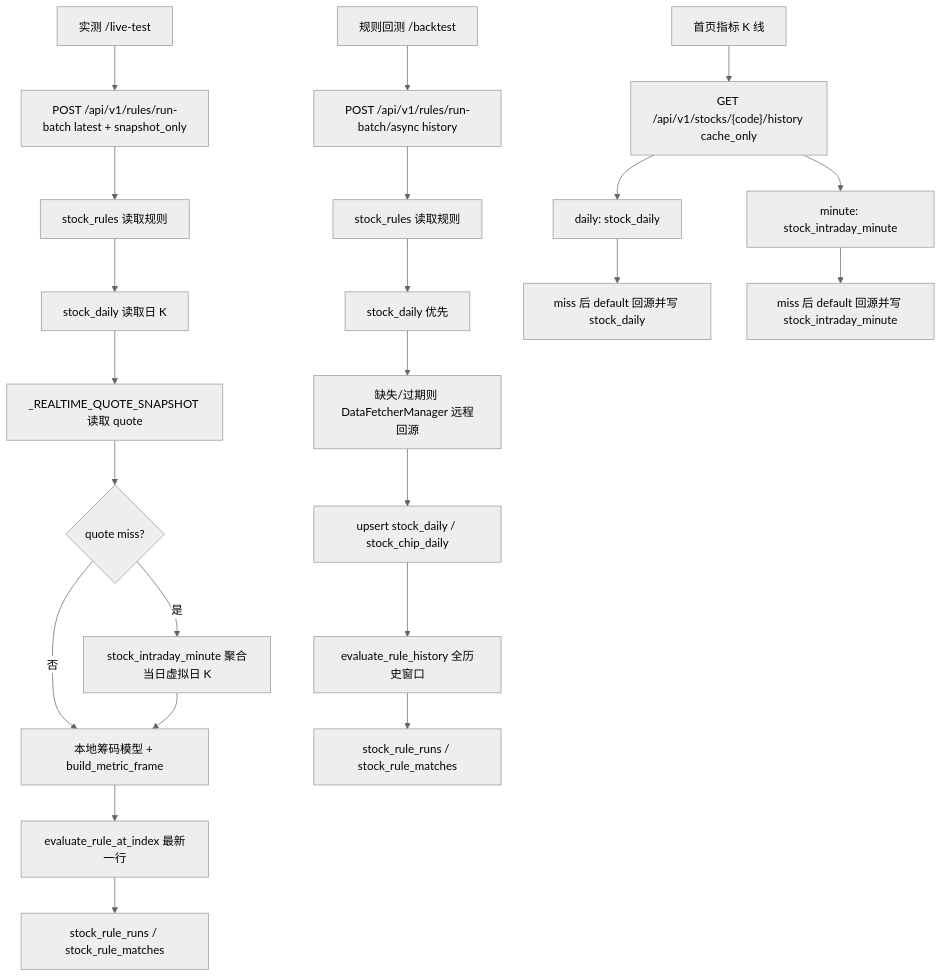
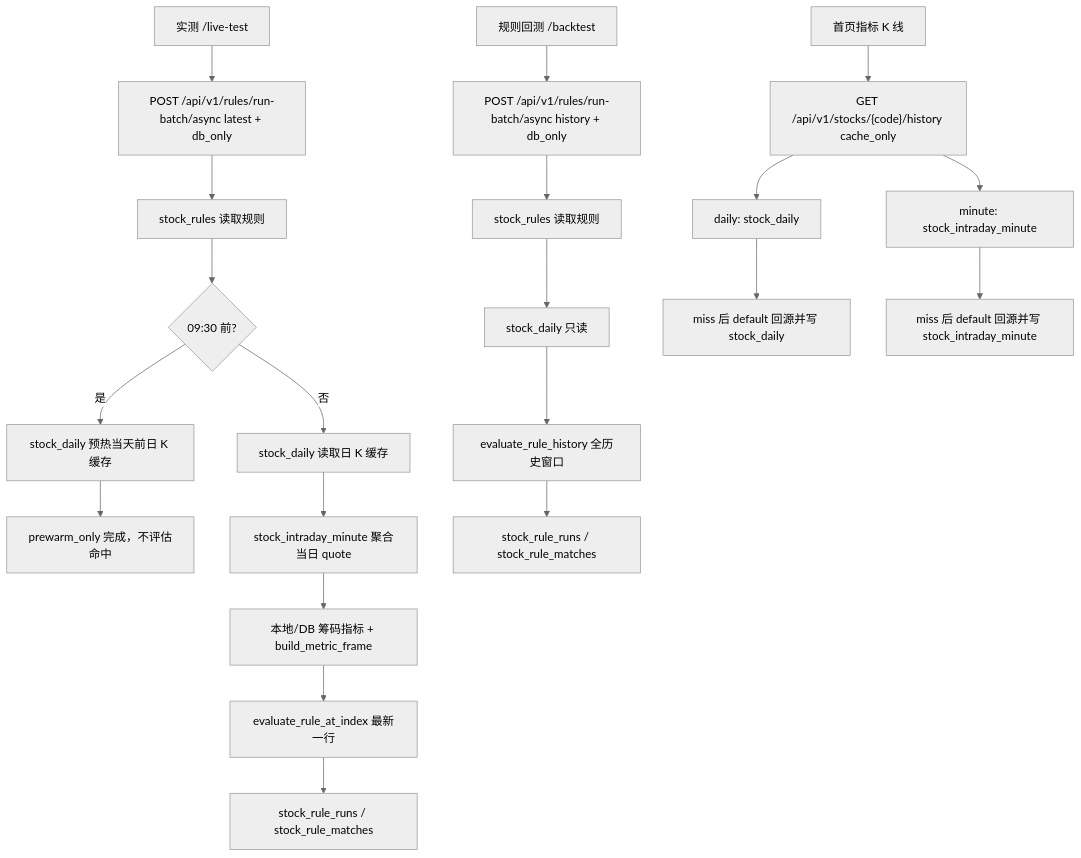
Before and after one commit to zhouhy8711/daily_stock_analysis: the second of 2 diagrams in docs/live-backtest-kline-data-flow.md, drawn with Mermaid (neutral theme). The commit also changed other lines of this file and 31 other files, not shown here.

````diff
--- a/docs/live-backtest-kline-data-flow.md
+++ b/docs/live-backtest-kline-data-flow.md
@@ -514,27 +502,25 @@
 ```mermaid
 flowchart TD
-  A["实测 /live-test"] --> B["POST /api/v1/rules/run-batch latest + snapshot_only"]
+  A["实测 /live-test"] --> B["POST /api/v1/rules/run-batch/async latest + db_only"]
   B --> C["stock_rules 读取规则"]
-  C --> D["stock_daily 读取日 K"]
-  D --> E["_REALTIME_QUOTE_SNAPSHOT 读取 quote"]
-  E --> E2{"quote miss?"}
-  E2 -->|是| E3["stock_intraday_minute 聚合当日虚拟日 K"]
-  E2 -->|否| F["本地筹码模型 + build_metric_frame"]
-  E3 --> F
-  F --> G["evaluate_rule_at_index 最新一行"]
-  G --> H["stock_rule_runs / stock_rule_matches"]
+  C --> D{"09:30 前?"}
+  D -->|是| D1["stock_daily 预热当天前日 K 缓存"]
+  D1 --> D2["prewarm_only 完成，不评估命中"]
+  D -->|否| E["stock_daily 读取日 K 缓存"]
+  E --> F["stock_intraday_minute 聚合当日 quote"]
+  F --> G["本地/DB 筹码指标 + build_metric_frame"]
+  G --> H["evaluate_rule_at_index 最新一行"]
+  H --> M["stock_rule_runs / stock_rule_matches"]
 
-  I["规则回测 /backtest"] --> J["POST /api/v1/rules/run-batch/async history"]
+  I["规则回测 /backtest"] --> J["POST /api/v1/rules/run-batch/async history + db_only"]
   J --> K["stock_rules 读取规则"]
-  K --> L["stock_daily 优先"]
-  L --> M["缺失/过期则 DataFetcherManager 远程回源"]
-  M --> N["upsert stock_daily / stock_chip_daily"]
-  N --> O["evaluate_rule_history 全历史窗口"]
+  K --> L["stock_daily 只读"]
+  L --> O["evaluate_rule_history 全历史窗口"]
   O --> P["stock_rule_runs / stock_rule_matches"]
 
   Q["首页指标 K 线"] --> R["GET /api/v1/stocks/{code}/history cache_only"]
   R --> S["daily: stock_daily"]
   R --> T["minute: stock_intraday_minute"]
   S --> U["miss 后 default 回源并写 stock_daily"]
   T --> V["miss 后 default 回源并写 stock_intraday_minute"]
 ```
````
